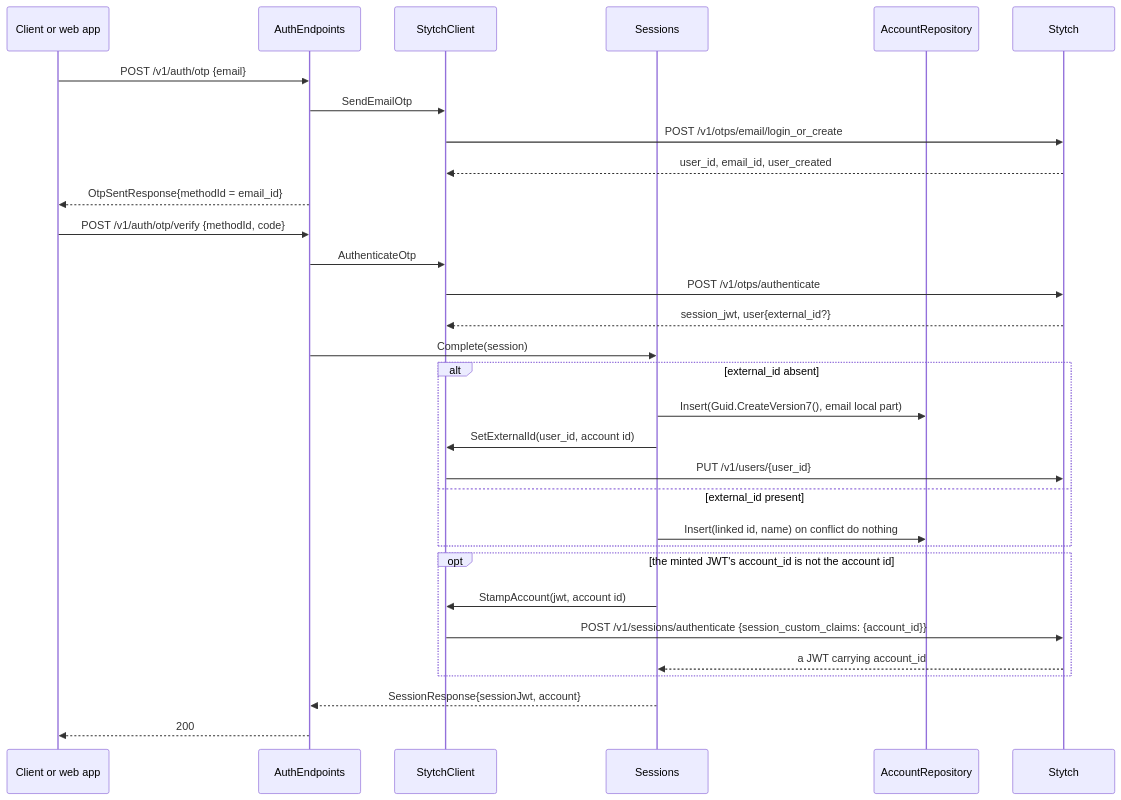
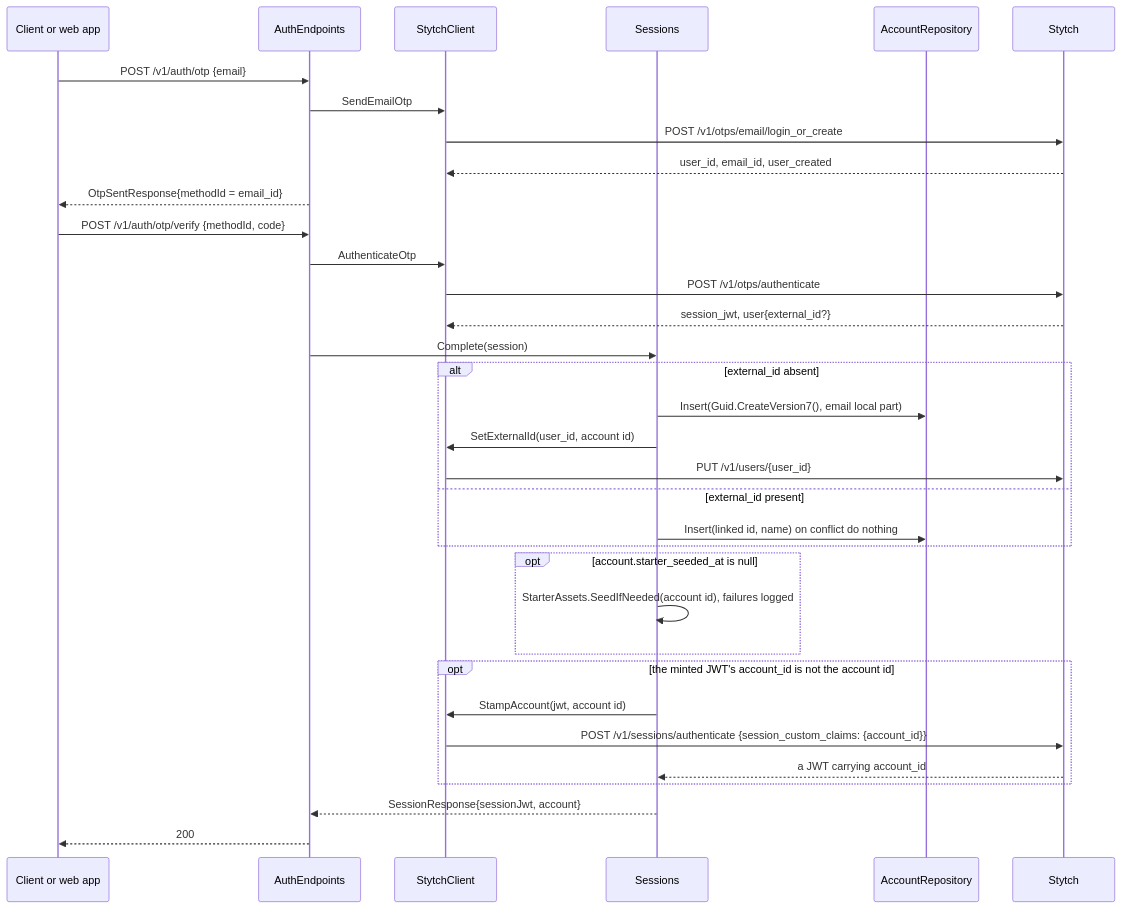
Before and after one commit to cstupi/tabletop: the third of 12 diagrams in docs/design/management-api/design.md, drawn with Mermaid. The commit also changed other lines of this file and 15 other files, not shown here.

First line of the commit message:
Seed each account's library with six generated starter miniatures

````diff
--- a/docs/design/management-api/design.md
+++ b/docs/design/management-api/design.md
@@ -279,34 +280,37 @@
 ```mermaid
 sequenceDiagram
     participant C as Client or web app
     participant A as AuthEndpoints
     participant S as StytchClient
     participant X as Sessions
     participant R as AccountRepository
     participant K as Stytch
 
     C->>A: POST /v1/auth/otp {email}
     A->>S: SendEmailOtp
     S->>K: POST /v1/otps/email/login_or_create
     K-->>S: user_id, email_id, user_created
     A-->>C: OtpSentResponse{methodId = email_id}
     C->>A: POST /v1/auth/otp/verify {methodId, code}
     A->>S: AuthenticateOtp
     S->>K: POST /v1/otps/authenticate
     K-->>S: session_jwt, user{external_id?}
     A->>X: Complete(session)
     alt external_id absent
         X->>R: Insert(Guid.CreateVersion7(), email local part)
         X->>S: SetExternalId(user_id, account id)
         S->>K: PUT /v1/users/{user_id}
     else external_id present
         X->>R: Insert(linked id, name) on conflict do nothing
     end
+    opt account.starter_seeded_at is null
+        X->>X: StarterAssets.SeedIfNeeded(account id), failures logged
+    end
     opt the minted JWT's account_id is not the account id
         X->>S: StampAccount(jwt, account id)
         S->>K: POST /v1/sessions/authenticate {session_custom_claims: {account_id}}
         K-->>X: a JWT carrying account_id
     end
     X-->>A: SessionResponse{sessionJwt, account}
     A-->>C: 200
 ```
````
